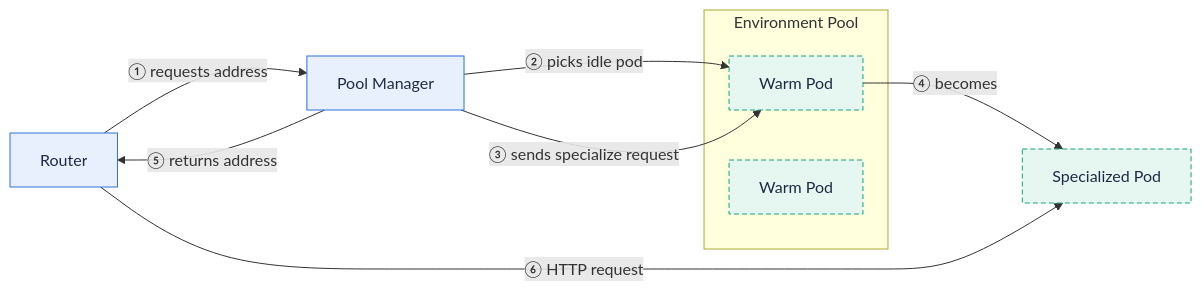
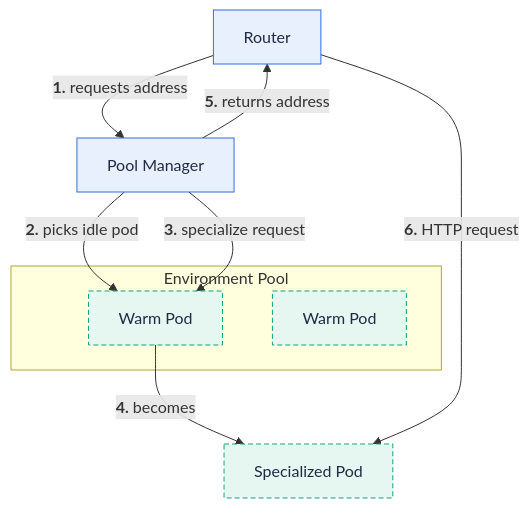
The first of 4 diagrams in content/en/docs/concepts/executors.md (fission/fission.io), drawn with Mermaid before and after one commit. The commit also changed other lines of this file and 23 other files, not shown here.

First line of the commit message:
Make diagrams readable inline: compact TB layouts, bold crimson step numbers

````diff
--- a/content/en/docs/concepts/executors.md
+++ b/content/en/docs/concepts/executors.md
@@ -40,16 +40,16 @@
 ```mermaid
-flowchart LR
-  router["Router"]:::fission -->|"① requests address"| pm["Pool Manager"]:::fission
+flowchart TB
+  router["Router"]:::fission -->|"<b>1.</b> requests address"| pm["Pool Manager"]:::fission
   subgraph pool["Environment Pool"]
     warm1["Warm Pod"]:::pod
     warm2["Warm Pod"]:::pod
   end
-  pm -->|"② picks idle pod"| warm1
-  pm -->|"③ sends specialize request"| warm1
-  warm1 -->|"④ becomes"| spec["Specialized Pod"]:::pod
-  pm -->|"⑤ returns address"| router
-  router -->|"⑥ HTTP request"| spec
+  pm -->|"<b>2.</b> picks idle pod"| warm1
+  pm -->|"<b>3.</b> specialize request"| warm1
+  warm1 -->|"<b>4.</b> becomes"| spec["Specialized Pod"]:::pod
+  pm -->|"<b>5.</b> returns address"| router
+  router -->|"<b>6.</b> HTTP request"| spec
 
   classDef fission fill:#e8f0fe,stroke:#2d70de,color:#1f2a43
   classDef pod fill:#e6f7f1,stroke:#11a37f,color:#1f2a43,stroke-dasharray:5 3
 ```
````
